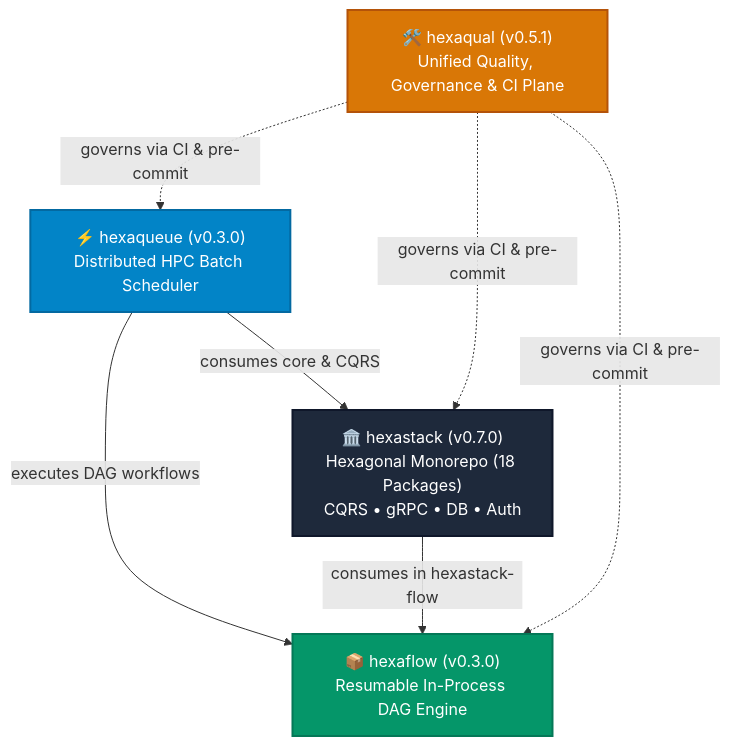
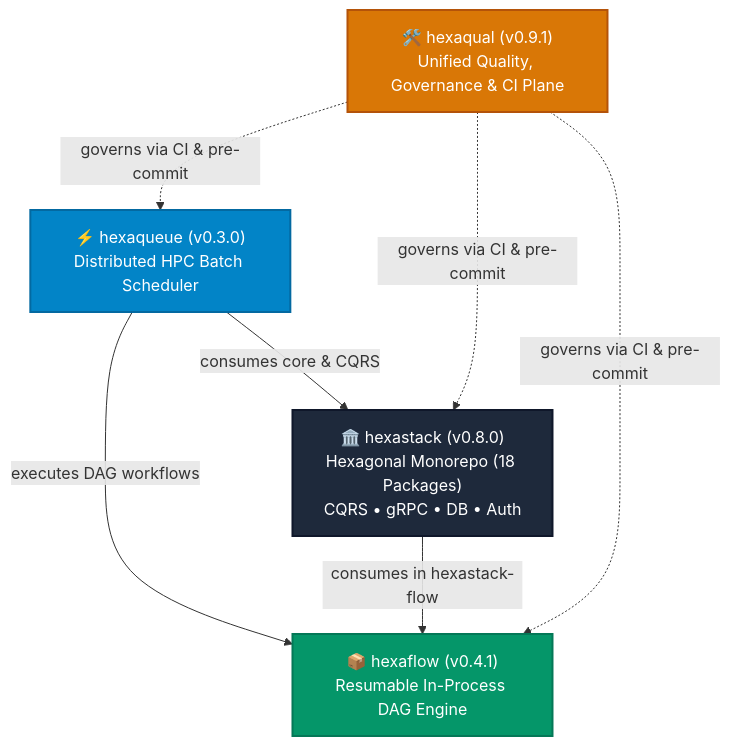
Before and after one commit to TheTrueSCU/hexastack: the first of 2 diagrams in docs/ecosystem.md, drawn with Mermaid. The commit also changed 35 other files, not shown here.

````diff
--- a/docs/ecosystem.md
+++ b/docs/ecosystem.md
@@ -9,19 +9,19 @@
 ```mermaid
 graph TD
     classDef hq fill:#0284c7,stroke:#0369a1,stroke-width:2px,color:#ffffff;
     classDef hs fill:#1e293b,stroke:#0f172a,stroke-width:2px,color:#ffffff;
     classDef hf fill:#059669,stroke:#047857,stroke-width:2px,color:#ffffff;
     classDef hqual fill:#d97706,stroke:#b45309,stroke-width:2px,color:#ffffff;
 
     HQ["⚡ hexaqueue (v0.3.0)<br/>Distributed HPC Batch Scheduler"]:::hq
-    HS["🏛️ hexastack (v0.7.0)<br/>Hexagonal Monorepo (18 Packages)<br/>CQRS • gRPC • DB • Auth"]:::hs
-    HF["📦 hexaflow (v0.3.0)<br/>Resumable In-Process DAG Engine"]:::hf
-    HQUAL["🛠️ hexaqual (v0.5.1)<br/>Unified Quality, Governance & CI Plane"]:::hqual
+    HS["🏛️ hexastack (v0.8.0)<br/>Hexagonal Monorepo (18 Packages)<br/>CQRS • gRPC • DB • Auth"]:::hs
+    HF["📦 hexaflow (v0.4.1)<br/>Resumable In-Process DAG Engine"]:::hf
+    HQUAL["🛠️ hexaqual (v0.9.1)<br/>Unified Quality, Governance & CI Plane"]:::hqual
 
     HQ -->|"consumes core & CQRS"| HS
     HQ -->|"executes DAG workflows"| HF
     HS -->|"consumes in hexastack-flow"| HF
     HQUAL -. "governs via CI & pre-commit" .-> HQ
     HQUAL -. "governs via CI & pre-commit" .-> HS
     HQUAL -. "governs via CI & pre-commit" .-> HF
 ```
````
